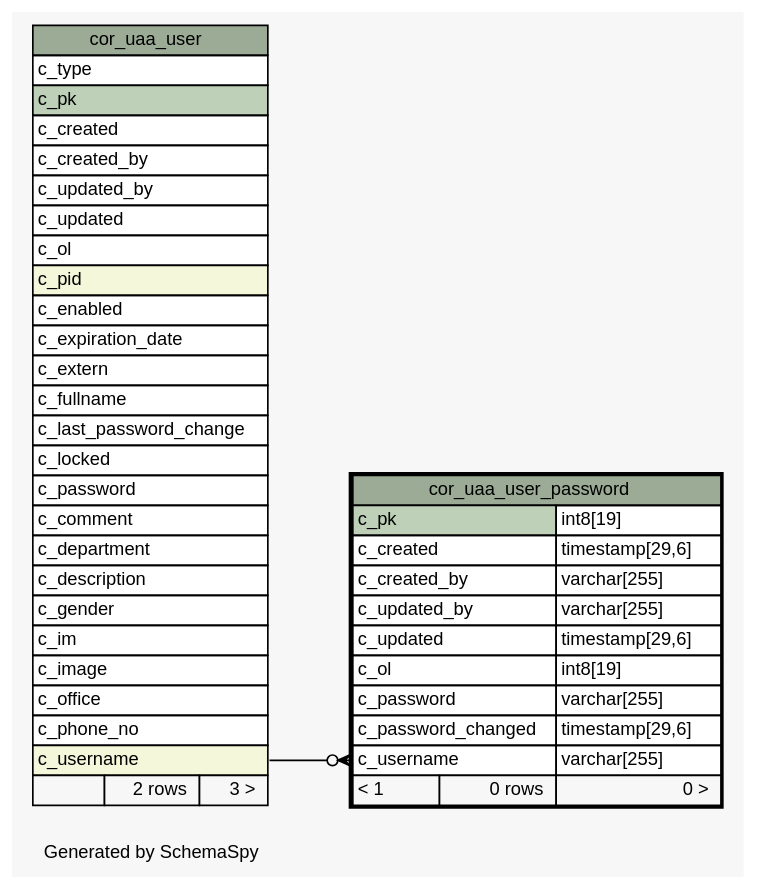
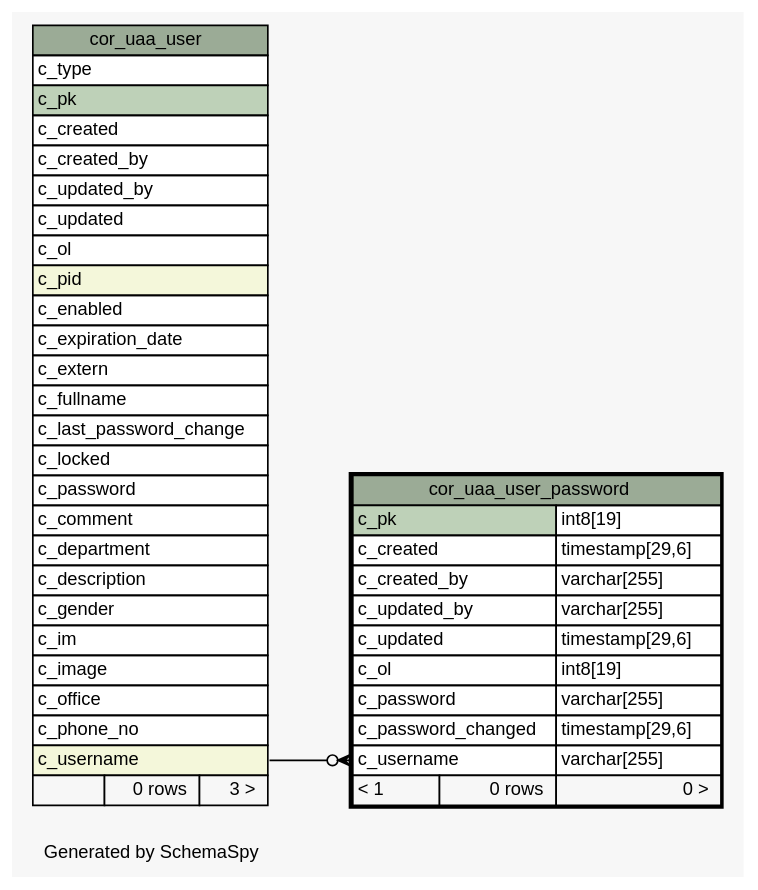
The diagram in 2.0.0-SNAPSHOT/schemaspy/diagrams/cor_uaa_user_password.1degree.dot (openwms/org.openwms.core.uaa), drawn with Graphviz before and after one commit. The commit also changed 352 other files, not shown here.

```diff
--- a/2.0.0-SNAPSHOT/schemaspy/diagrams/cor_uaa_user_password.1degree.dot
+++ b/2.0.0-SNAPSHOT/schemaspy/diagrams/cor_uaa_user_password.1degree.dot
@@ -1,74 +1,74 @@
-// dot 2.43.0 on Linux 5.13.0-1029-azure
+// dot 2.43.0 on Linux 5.15.0-1020-azure
 // SchemaSpy rev Unknown
 digraph "oneDegreeRelationshipsDiagram" {
   graph [
     rankdir="RL"
     bgcolor="#f7f7f7"
     label="\nGenerated by SchemaSpy"
     labeljust="l"
     nodesep="0.18"
     ranksep="0.46"
     fontname="Helvetica"
     fontsize="11"
   ];
   node [
     fontname="Helvetica"
     fontsize="11"
     shape="plaintext"
   ];
   edge [
     arrowsize="0.8"
   ];
   "cor_uaa_user_password":"c_username":w -> "cor_uaa_user":"c_username":e [arrowhead=none dir=back arrowtail=crowodot];
   "cor_uaa_user" [
     label=<
     <TABLE BORDER="0" CELLBORDER="1" CELLSPACING="0" BGCOLOR="#ffffff">
       <TR><TD COLSPAN="3" BGCOLOR="#9bab96" ALIGN="CENTER">cor_uaa_user</TD></TR>
       <TR><TD PORT="c_type" COLSPAN="3" ALIGN="LEFT">c_type</TD></TR>
       <TR><TD PORT="c_pk" COLSPAN="3" BGCOLOR="#bed1b8" ALIGN="LEFT">c_pk</TD></TR>
       <TR><TD PORT="c_created" COLSPAN="3" ALIGN="LEFT">c_created</TD></TR>
       <TR><TD PORT="c_created_by" COLSPAN="3" ALIGN="LEFT">c_created_by</TD></TR>
       <TR><TD PORT="c_updated_by" COLSPAN="3" ALIGN="LEFT">c_updated_by</TD></TR>
       <TR><TD PORT="c_updated" COLSPAN="3" ALIGN="LEFT">c_updated</TD></TR>
       <TR><TD PORT="c_ol" COLSPAN="3" ALIGN="LEFT">c_ol</TD></TR>
       <TR><TD PORT="c_pid" COLSPAN="3" BGCOLOR="#f4f7da" ALIGN="LEFT">c_pid</TD></TR>
       <TR><TD PORT="c_enabled" COLSPAN="3" ALIGN="LEFT">c_enabled</TD></TR>
       <TR><TD PORT="c_expiration_date" COLSPAN="3" ALIGN="LEFT">c_expiration_date</TD></TR>
       <TR><TD PORT="c_extern" COLSPAN="3" ALIGN="LEFT">c_extern</TD></TR>
       <TR><TD PORT="c_fullname" COLSPAN="3" ALIGN="LEFT">c_fullname</TD></TR>
       <TR><TD PORT="c_last_password_change" COLSPAN="3" ALIGN="LEFT">c_last_password_change</TD></TR>
       <TR><TD PORT="c_locked" COLSPAN="3" ALIGN="LEFT">c_locked</TD></TR>
       <TR><TD PORT="c_password" COLSPAN="3" ALIGN="LEFT">c_password</TD></TR>
       <TR><TD PORT="c_comment" COLSPAN="3" ALIGN="LEFT">c_comment</TD></TR>
       <TR><TD PORT="c_department" COLSPAN="3" ALIGN="LEFT">c_department</TD></TR>
       <TR><TD PORT="c_description" COLSPAN="3" ALIGN="LEFT">c_description</TD></TR>
       <TR><TD PORT="c_gender" COLSPAN="3" ALIGN="LEFT">c_gender</TD></TR>
       <TR><TD PORT="c_im" COLSPAN="3" ALIGN="LEFT">c_im</TD></TR>
       <TR><TD PORT="c_image" COLSPAN="3" ALIGN="LEFT">c_image</TD></TR>
       <TR><TD PORT="c_office" COLSPAN="3" ALIGN="LEFT">c_office</TD></TR>
       <TR><TD PORT="c_phone_no" COLSPAN="3" ALIGN="LEFT">c_phone_no</TD></TR>
       <TR><TD PORT="c_username" COLSPAN="3" BGCOLOR="#f4f7da" ALIGN="LEFT">c_username</TD></TR>
-      <TR><TD ALIGN="LEFT" BGCOLOR="#f7f7f7">  </TD><TD ALIGN="RIGHT" BGCOLOR="#f7f7f7">2 rows</TD><TD ALIGN="RIGHT" BGCOLOR="#f7f7f7">3 &gt;</TD></TR>
+      <TR><TD ALIGN="LEFT" BGCOLOR="#f7f7f7">  </TD><TD ALIGN="RIGHT" BGCOLOR="#f7f7f7">0 rows</TD><TD ALIGN="RIGHT" BGCOLOR="#f7f7f7">3 &gt;</TD></TR>
     </TABLE>>
     URL="cor_uaa_user.html"
     tooltip="cor_uaa_user"
   ];
   "cor_uaa_user_password" [
     label=<
     <TABLE BORDER="2" CELLBORDER="1" CELLSPACING="0" BGCOLOR="#ffffff">
       <TR><TD COLSPAN="3" BGCOLOR="#9bab96" ALIGN="CENTER">cor_uaa_user_password</TD></TR>
       <TR><TD PORT="c_pk" COLSPAN="2" BGCOLOR="#bed1b8" ALIGN="LEFT">c_pk</TD><TD PORT="c_pk.type" ALIGN="LEFT">int8[19]</TD></TR>
       <TR><TD PORT="c_created" COLSPAN="2" ALIGN="LEFT">c_created</TD><TD PORT="c_created.type" ALIGN="LEFT">timestamp[29,6]</TD></TR>
       <TR><TD PORT="c_created_by" COLSPAN="2" ALIGN="LEFT">c_created_by</TD><TD PORT="c_created_by.type" ALIGN="LEFT">varchar[255]</TD></TR>
       <TR><TD PORT="c_updated_by" COLSPAN="2" ALIGN="LEFT">c_updated_by</TD><TD PORT="c_updated_by.type" ALIGN="LEFT">varchar[255]</TD></TR>
       <TR><TD PORT="c_updated" COLSPAN="2" ALIGN="LEFT">c_updated</TD><TD PORT="c_updated.type" ALIGN="LEFT">timestamp[29,6]</TD></TR>
       <TR><TD PORT="c_ol" COLSPAN="2" ALIGN="LEFT">c_ol</TD><TD PORT="c_ol.type" ALIGN="LEFT">int8[19]</TD></TR>
       <TR><TD PORT="c_password" COLSPAN="2" ALIGN="LEFT">c_password</TD><TD PORT="c_password.type" ALIGN="LEFT">varchar[255]</TD></TR>
       <TR><TD PORT="c_password_changed" COLSPAN="2" ALIGN="LEFT">c_password_changed</TD><TD PORT="c_password_changed.type" ALIGN="LEFT">timestamp[29,6]</TD></TR>
       <TR><TD PORT="c_username" COLSPAN="2" ALIGN="LEFT">c_username</TD><TD PORT="c_username.type" ALIGN="LEFT">varchar[255]</TD></TR>
       <TR><TD ALIGN="LEFT" BGCOLOR="#f7f7f7">&lt; 1</TD><TD ALIGN="RIGHT" BGCOLOR="#f7f7f7">0 rows</TD><TD ALIGN="RIGHT" BGCOLOR="#f7f7f7">0 &gt;</TD></TR>
     </TABLE>>
     URL="cor_uaa_user_password.html"
     tooltip="cor_uaa_user_password"
   ];
 }
```
